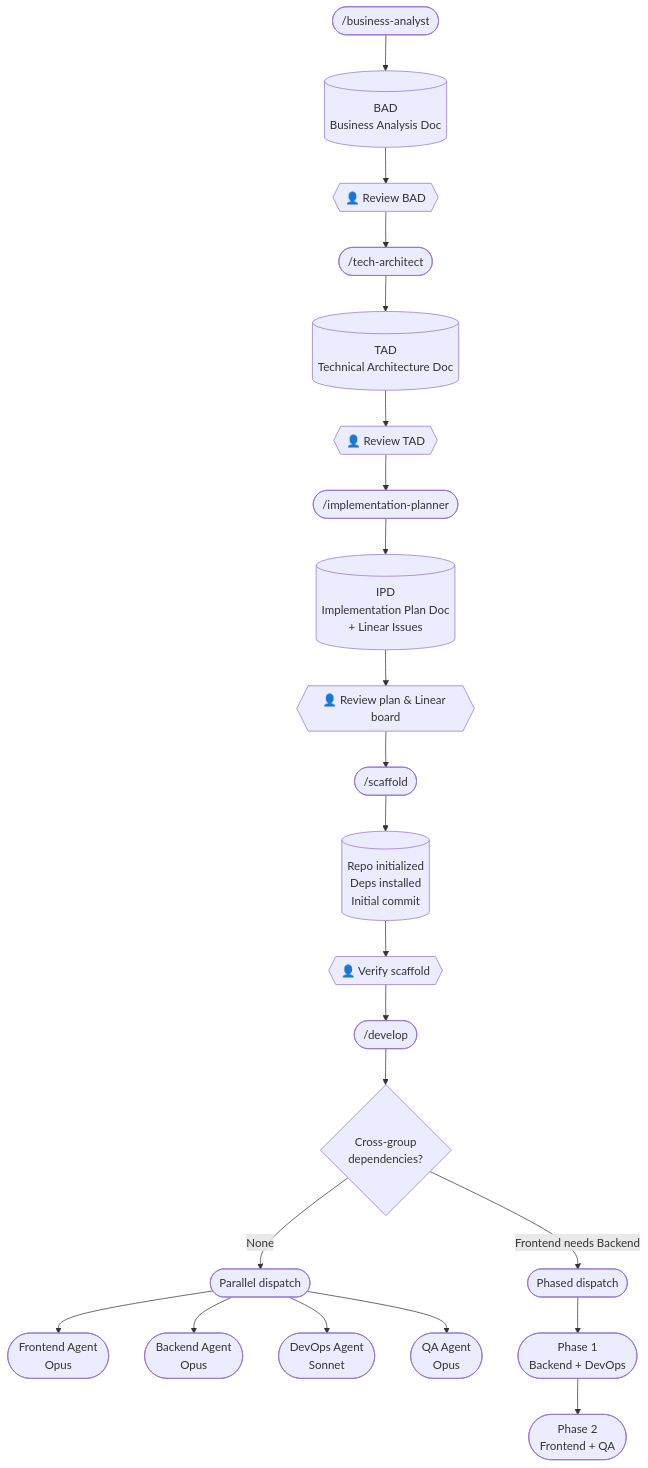
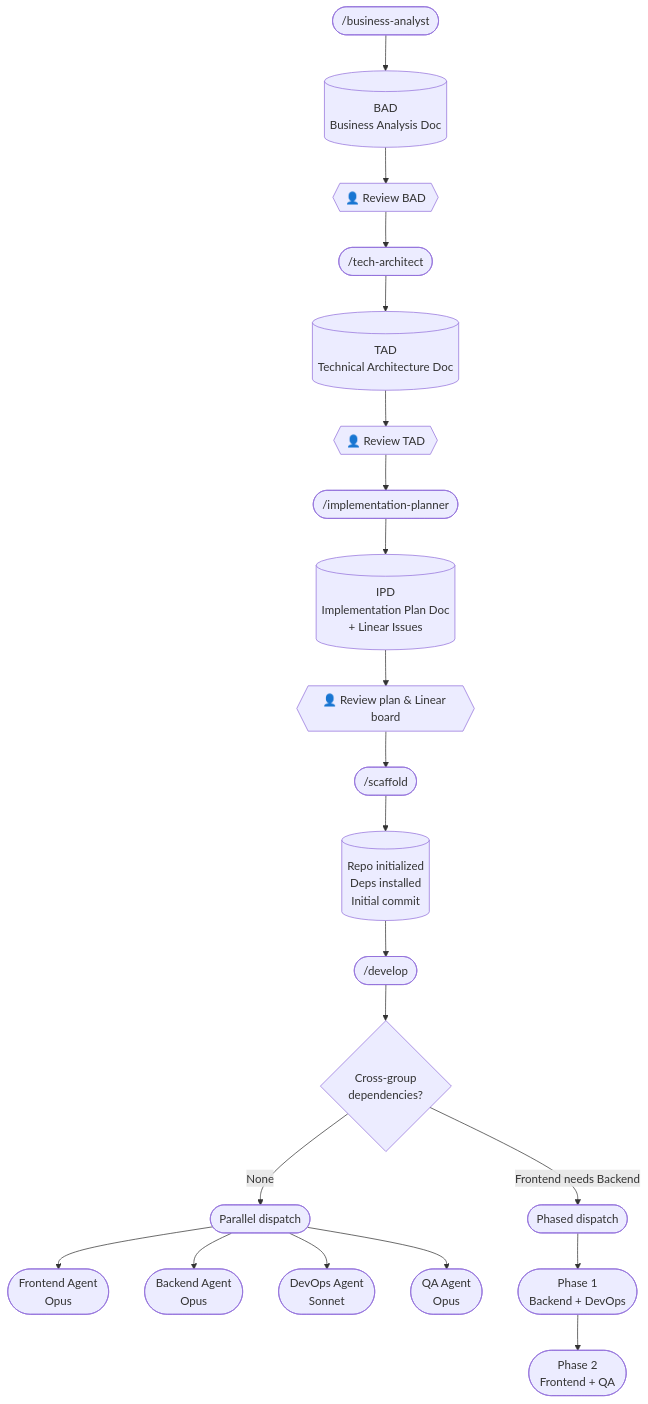
One commit to FCabiddu/pocket-it changed the second of 2 diagrams in README.md. Above: the diagram before and after it, drawn with Mermaid. The commit also changed 1 other file, not shown here.

Commit message:
fix: remove human checkpoint after scaffold

````diff
--- a/README.md
+++ b/README.md
@@ -18,24 +18,23 @@
 ```mermaid
 flowchart TD
     A(["/business-analyst"]) --> B[("BAD\nBusiness Analysis Doc")]
     B --> BC{{"👤 Review BAD"}}
     BC --> C(["/tech-architect"])
     C --> D[("TAD\nTechnical Architecture Doc")]
     D --> DC{{"👤 Review TAD"}}
     DC --> E(["/implementation-planner"])
     E --> F[("IPD\nImplementation Plan Doc\n+ Linear Issues")]
     F --> G{{"👤 Review plan & Linear board"}}
     G --> H(["/scaffold"])
     H --> I[("Repo initialized\nDeps installed\nInitial commit")]
-    I --> J{{"👤 Verify scaffold"}}
-    J --> K(["/develop"])
+    I --> K(["/develop"])
     K --> L{Cross-group\ndependencies?}
     L -->|None| M([Parallel dispatch])
     L -->|Frontend needs Backend| N([Phased dispatch])
     M --> FE([Frontend Agent\nOpus])
     M --> BE([Backend Agent\nOpus])
     M --> DO([DevOps Agent\nSonnet])
     M --> QA([QA Agent\nOpus])
     N --> P1([Phase 1\nBackend + DevOps])
     P1 --> P2([Phase 2\nFrontend + QA])
 ```
````
